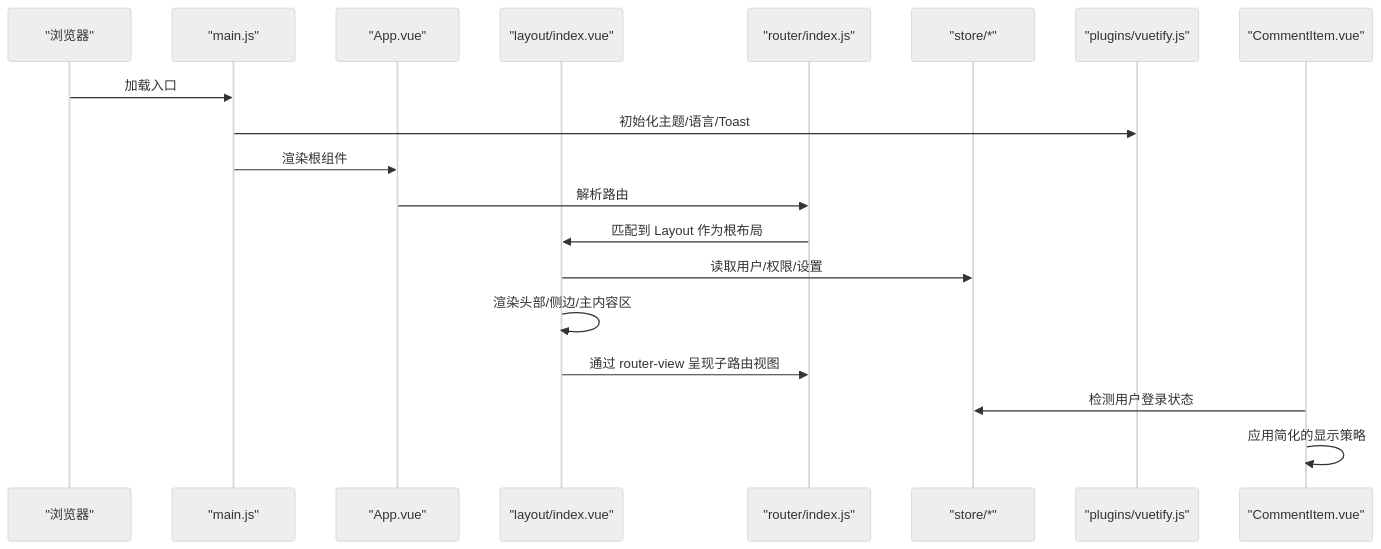
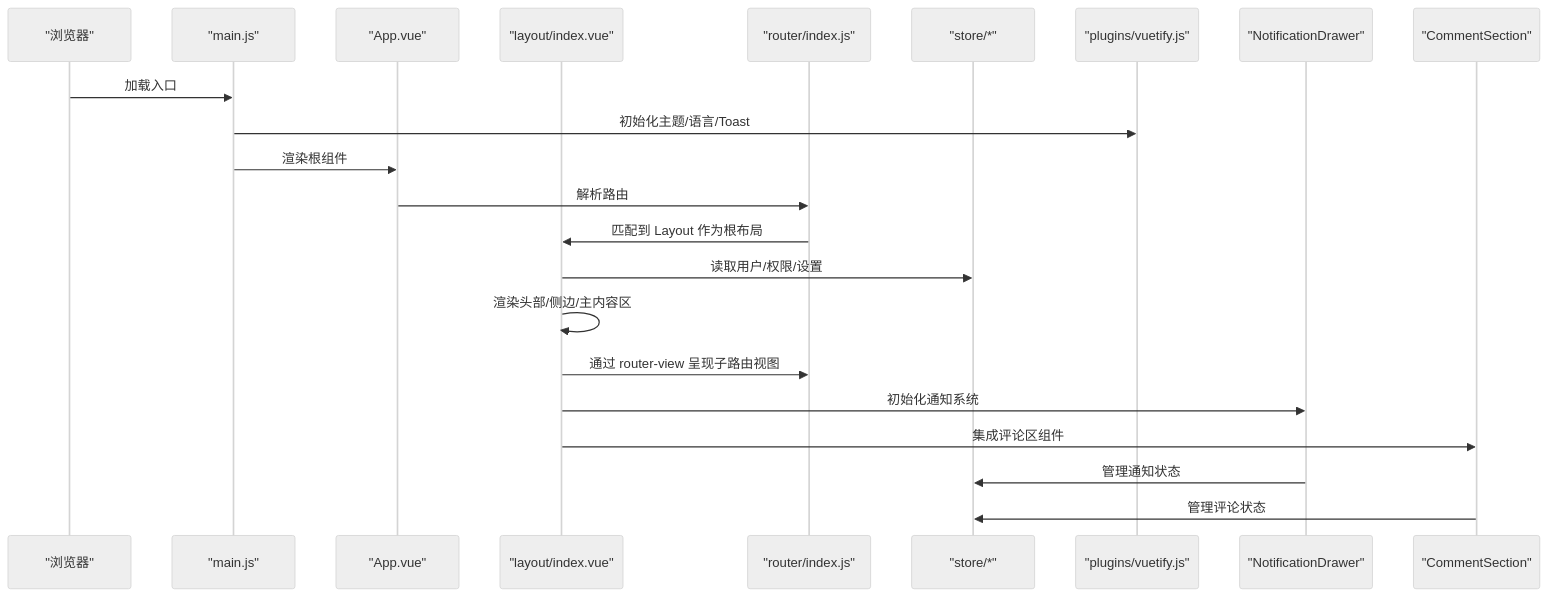
One commit to TinyMaD/SpeedRunnersLab changed the second of 4 diagrams in .qoder/repowiki/zh/content/前端应用/组件架构/布局组件.md. Above: the diagram before and after it, drawn with Mermaid (neutral theme). The commit also changed other lines of this file and 9 other files, not shown here.

````diff
--- a/.qoder/repowiki/zh/content/前端应用/组件架构/布局组件.md
+++ b/.qoder/repowiki/zh/content/前端应用/组件架构/布局组件.md
@@ -141,21 +164,24 @@
 ```mermaid
 sequenceDiagram
 participant Browser as "浏览器"
 participant Main as "main.js"
 participant App as "App.vue"
 participant Layout as "layout/index.vue"
 participant Router as "router/index.js"
 participant Store as "store/*"
 participant Vuetify as "plugins/vuetify.js"
-participant Comment as "CommentItem.vue"
+participant Notification as "NotificationDrawer"
+participant Comment as "CommentSection"
 Browser->>Main : 加载入口
 Main->>Vuetify : 初始化主题/语言/Toast
 Main->>App : 渲染根组件
 App->>Router : 解析路由
 Router->>Layout : 匹配到 Layout 作为根布局
 Layout->>Store : 读取用户/权限/设置
 Layout->>Layout : 渲染头部/侧边/主内容区
 Layout->>Router : 通过 router-view 呈现子路由视图
-Comment->>Store : 检测用户登录状态
-Comment->>Comment : 应用简化的显示策略
+Layout->>Notification : 初始化通知系统
+Layout->>Comment : 集成评论区组件
+Notification->>Store : 管理通知状态
+Comment->>Store : 管理评论状态
 ```
````
